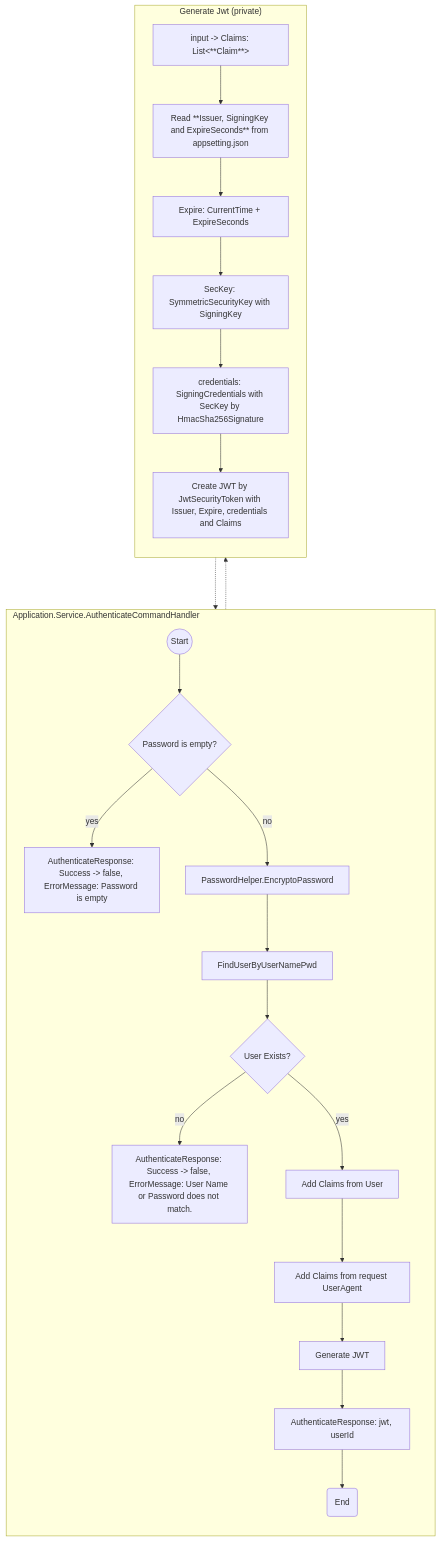
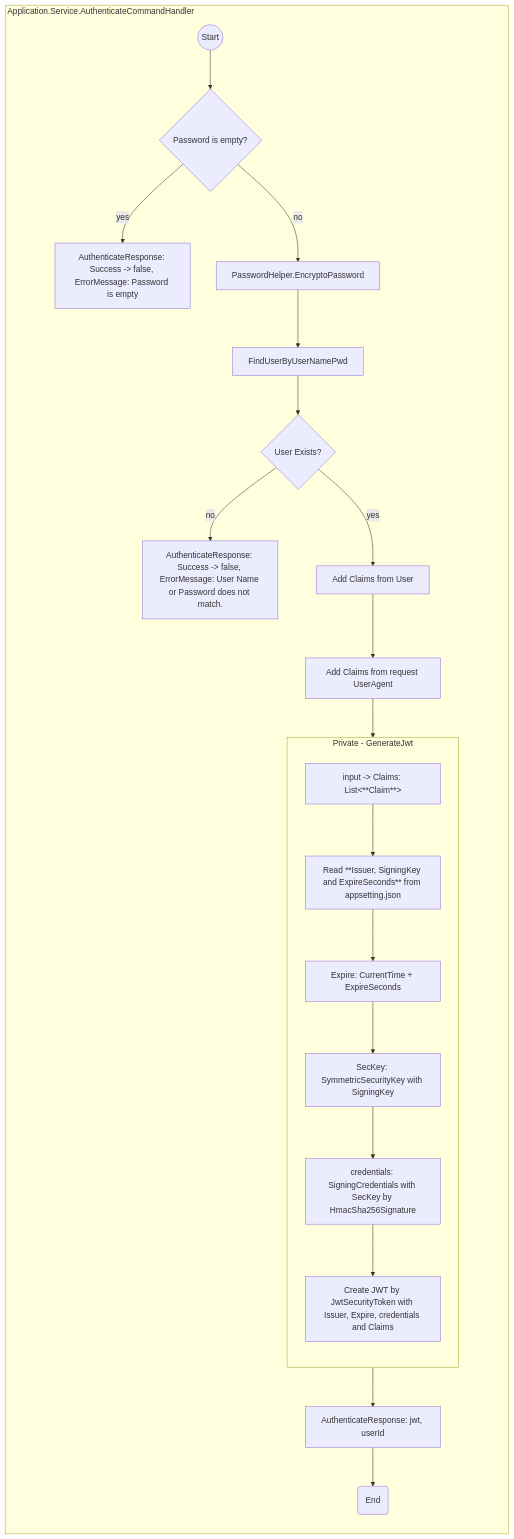
One commit to sdlfly2000/AuthenticationServer changed the first of 2 diagrams in UML/Application/Application.Service.AuthenticateCommandHandler.md. Above: the diagram before and after it, drawn with Mermaid. The commit also changed 2 other files, not shown here.

Commit message:
uml update

````diff
--- a/UML/Application/Application.Service.AuthenticateCommandHandler.md
+++ b/UML/Application/Application.Service.AuthenticateCommandHandler.md
@@ -3,36 +3,36 @@
 ```mermaid
 flowchart TB
-    subgraph main [<div style='display:flex; justify-content:flex-start; align-items:flex-start;width:50em'>Application.Service.AuthenticateCommandHandler</div>]
+    subgraph main [<div style='display:flex; justify-content:flex-start; align-items:flex-start;width:60em'>Application.Service.AuthenticateCommandHandler</div>]
         direction TB
         start((Start)) -->
         check1{Password is empty?} --"yes"-->
         check1Y[AuthenticateResponse: Success -> false, ErrorMessage: Password is empty]
         check1 --"no"--> 
         EncryptoPassword[PasswordHelper.EncryptoPassword] -->
         FindUserByUserNamePwd[FindUserByUserNamePwd] -->
         check2{User Exists?} --"no"-->
         check2N[AuthenticateResponse: Success -> false, ErrorMessage: User Name or Password does not match.]
         check2 --"yes"-->
         AddClaim1[Add Claims from User] -->
-        AddClaim2[Add Claims from request UserAgent] -->
-        GenerateJWTmain[Generate JWT] -->
+        AddClaim2[Add Claims from request UserAgent]
+
+        subgraph GenerateJwt[Private - GenerateJwt]
+            direction TB
+            GenerateJwtInput["input -> Claims: List<**Claim**>"] -->
+            readConfig["Read **Issuer, SigningKey and ExpireSeconds** from appsetting.json"] -->
+            expireDateTime[Expire: CurrentTime + ExpireSeconds] -->
+            secKey[SecKey: SymmetricSecurityKey with SigningKey] -->
+            credentials[credentials: SigningCredentials with SecKey by HmacSha256Signature] -->
+            tokenDescriptor[Create JWT by JwtSecurityToken with Issuer, Expire, credentials and Claims]
+        end
+
         return[AuthenticateResponse: jwt, userId] -->
         terminal(End)
     end
 
-    subgraph GenerateJwt["Generate Jwt (private)"]
-        direction TB
-        GenerateJwtInput["input -> Claims: List<**Claim**>"] -->
-        readConfig["Read **Issuer, SigningKey and ExpireSeconds** from appsetting.json"] -->
-        expireDateTime[Expire: CurrentTime + ExpireSeconds] -->
-        secKey[SecKey: SymmetricSecurityKey with SigningKey] -->
-        credentials[credentials: SigningCredentials with SecKey by HmacSha256Signature] -->
-        tokenDescriptor[Create JWT by JwtSecurityToken with Issuer, Expire, credentials and Claims]
-    end
-
     %%{Class Relationship}%%
-    GenerateJWTmain -..-> GenerateJwtInput
-    tokenDescriptor -..-> return
+    AddClaim2 --> GenerateJwtInput
+    tokenDescriptor --> return
 
 
 ```
````
